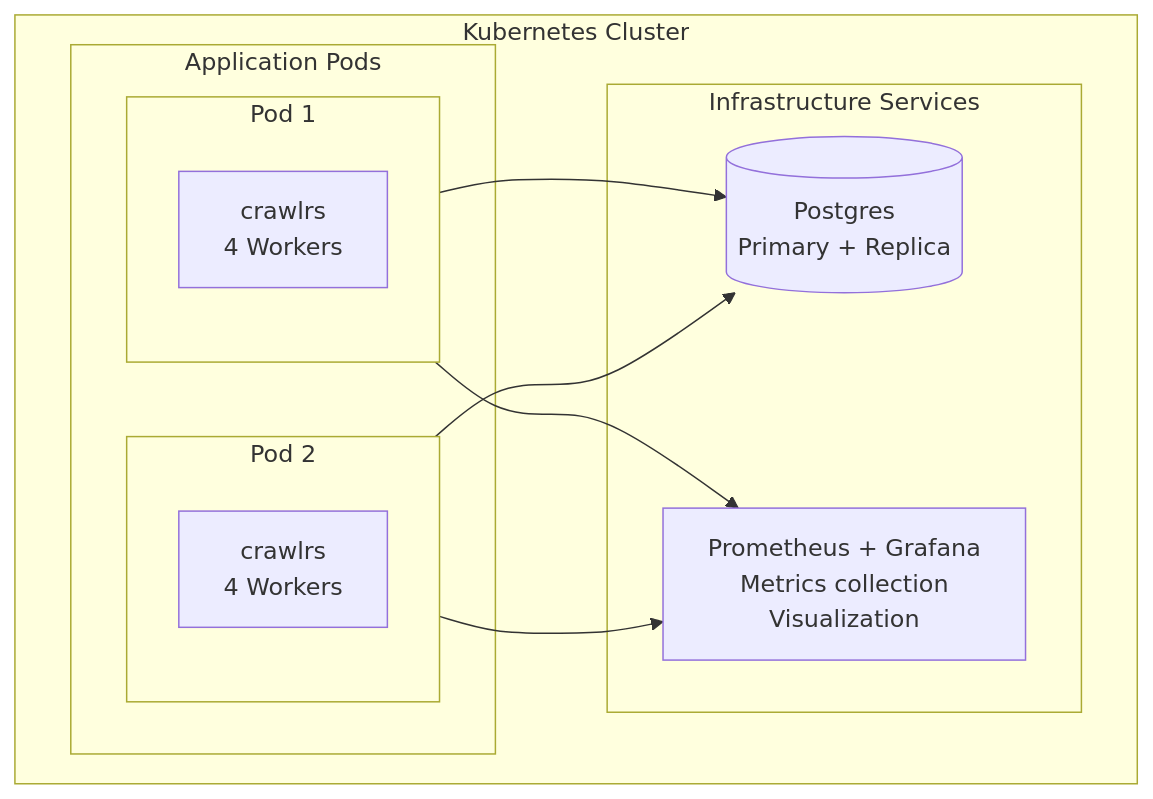
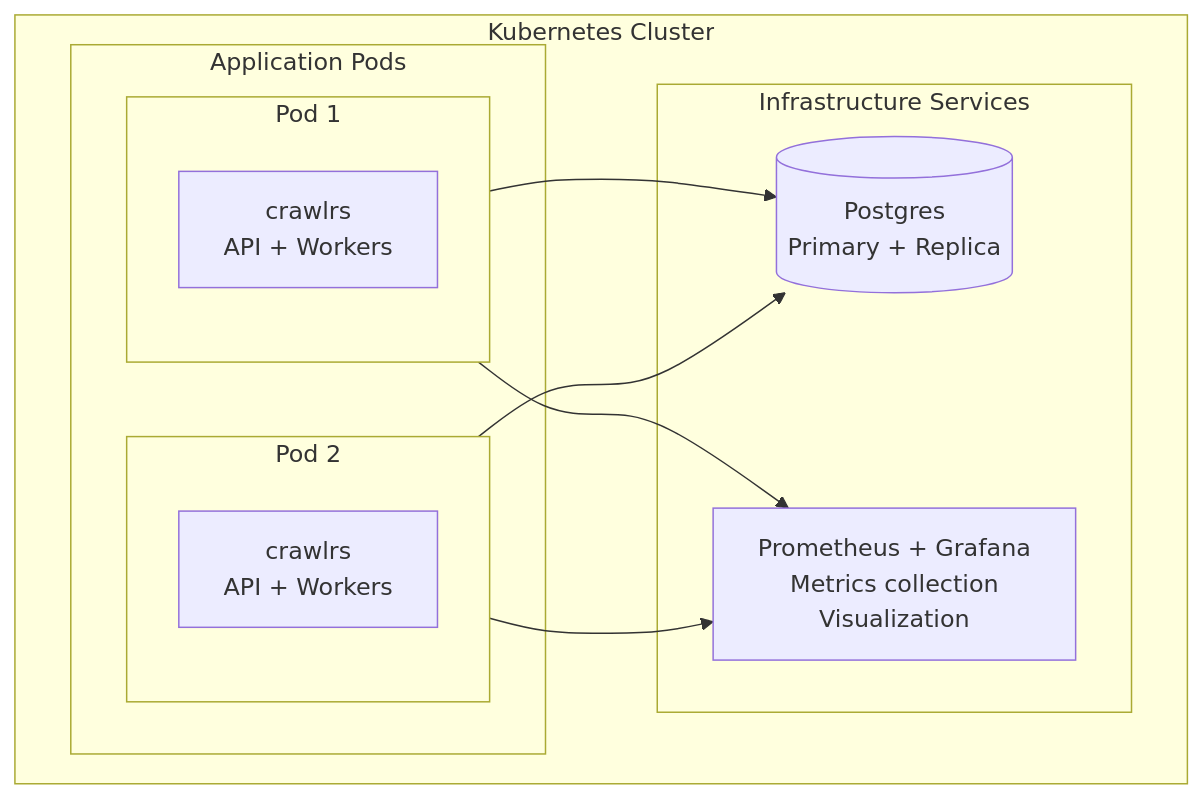
Before and after one commit to Kirky-X/crawlrs: the seventh of 8 diagrams in docs/ARCHITECTURE.md, drawn with Mermaid. The commit also changed other lines of this file and 23 other files, not shown here.

````diff
--- a/docs/ARCHITECTURE.md
+++ b/docs/ARCHITECTURE.md
@@ -1360,24 +1165,24 @@
 ```mermaid
 flowchart TB
     subgraph K8s [Kubernetes Cluster]
         subgraph Pods [Application Pods]
             subgraph Pod1 [Pod 1]
-                A1[crawlrs<br/>4 Workers]
+                A1[crawlrs<br/>API + Workers]
             end
 
             subgraph Pod2 [Pod 2]
-                A2[crawlrs<br/>4 Workers]
+                A2[crawlrs<br/>API + Workers]
             end
         end
 
         subgraph Infrastructure [Infrastructure Services]
             DB[(Postgres<br/>Primary + Replica)]
             MON[Prometheus + Grafana<br/>Metrics collection<br/>Visualization]
         end
     end
 
     Pod1 --> DB
     Pod2 --> DB
     Pod1 --> MON
     Pod2 --> MON
 ```
````
